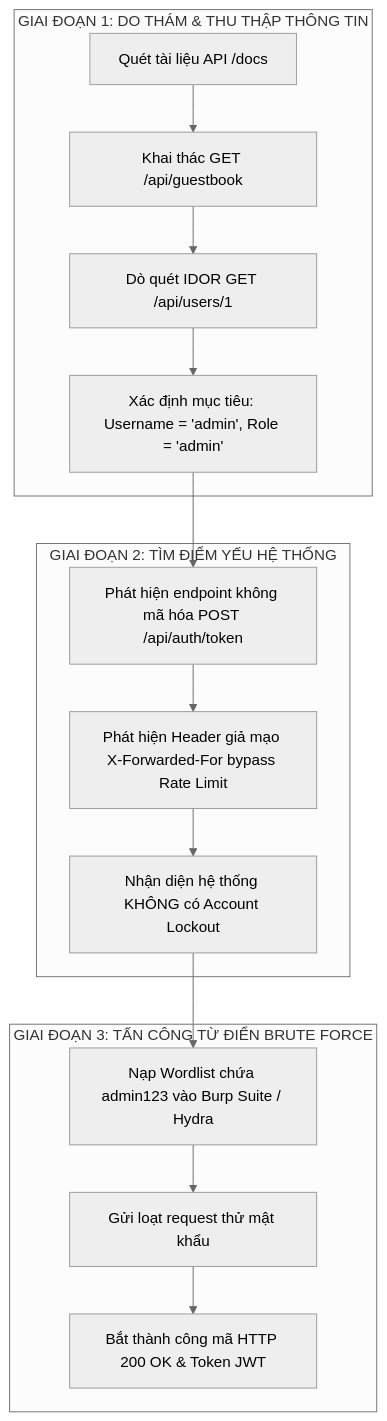
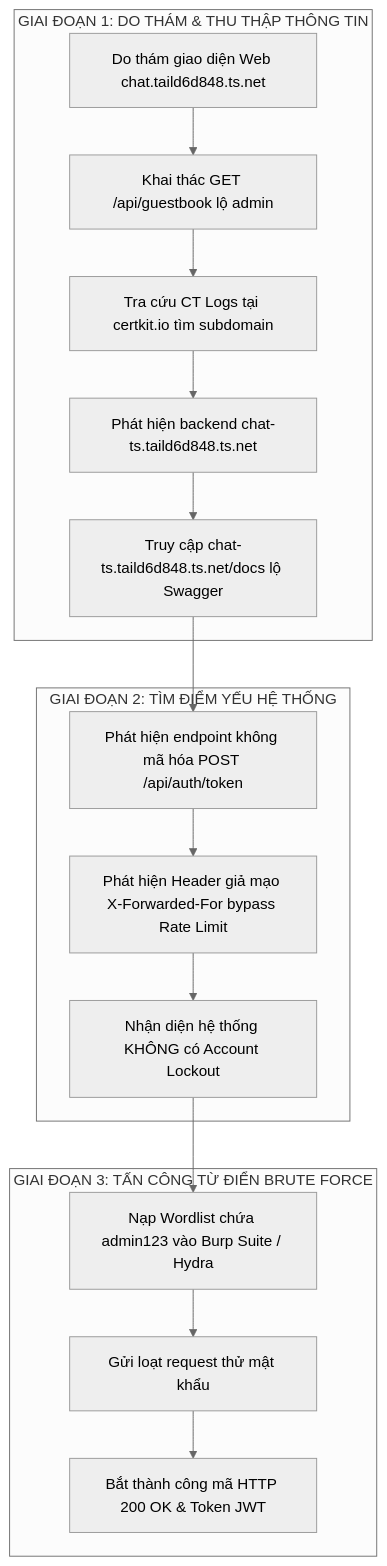
The diagram in docs/HUONG_DAN_DU_AN_BRUTE_FORCE.md (Johnyyd/ATMMT), drawn with Mermaid (neutral theme) before and after one commit. The commit also changed other lines of this file and 2 other files, not shown here.

Commit message:
docs: update reconnaissance workflow using CertKit CT Logs to discover backend subdomain and Swagger docs

````diff
--- a/docs/HUONG_DAN_DU_AN_BRUTE_FORCE.md
+++ b/docs/HUONG_DAN_DU_AN_BRUTE_FORCE.md
@@ -43,20 +44,21 @@
 ```mermaid
 flowchart TD
     subgraph GĐ1 [GIAI ĐOẠN 1: DO THÁM & THU THẬP THÔNG TIN]
-        A[Quét tài liệu API /docs] --> B[Khai thác GET /api/guestbook]
-        B --> C[Dò quét IDOR GET /api/users/1]
-        C --> D[Xác định mục tiêu: Username = 'admin', Role = 'admin']
+        A[Do thám giao diện Web chat.taild6d848.ts.net] --> B[Khai thác GET /api/guestbook lộ admin]
+        B --> C[Tra cứu CT Logs tại certkit.io tìm subdomain]
+        C --> D[Phát hiện backend chat-ts.taild6d848.ts.net]
+        D --> E[Truy cập chat-ts.taild6d848.ts.net/docs lộ Swagger]
     end
 
     subgraph GĐ2 [GIAI ĐOẠN 2: TÌM ĐIỂM YẾU HỆ THỐNG]
-        D --> E[Phát hiện endpoint không mã hóa POST /api/auth/token]
-        E --> F[Phát hiện Header giả mạo X-Forwarded-For bypass Rate Limit]
-        F --> G[Nhận diện hệ thống KHÔNG có Account Lockout]
+        E --> F[Phát hiện endpoint không mã hóa POST /api/auth/token]
+        F --> G[Phát hiện Header giả mạo X-Forwarded-For bypass Rate Limit]
+        G --> H[Nhận diện hệ thống KHÔNG có Account Lockout]
     end
 
     subgraph GĐ3 [GIAI ĐOẠN 3: TẤN CÔNG TỪ ĐIỂN BRUTE FORCE]
-        G --> H[Nạp Wordlist chứa admin123 vào Burp Suite / Hydra]
-        H --> I[Gửi loạt request thử mật khẩu]
-        I --> J[Bắt thành công mã HTTP 200 OK & Token JWT]
+        H --> I[Nạp Wordlist chứa admin123 vào Burp Suite / Hydra]
+        I --> J[Gửi loạt request thử mật khẩu]
+        J --> K[Bắt thành công mã HTTP 200 OK & Token JWT]
     end
 ```
````
